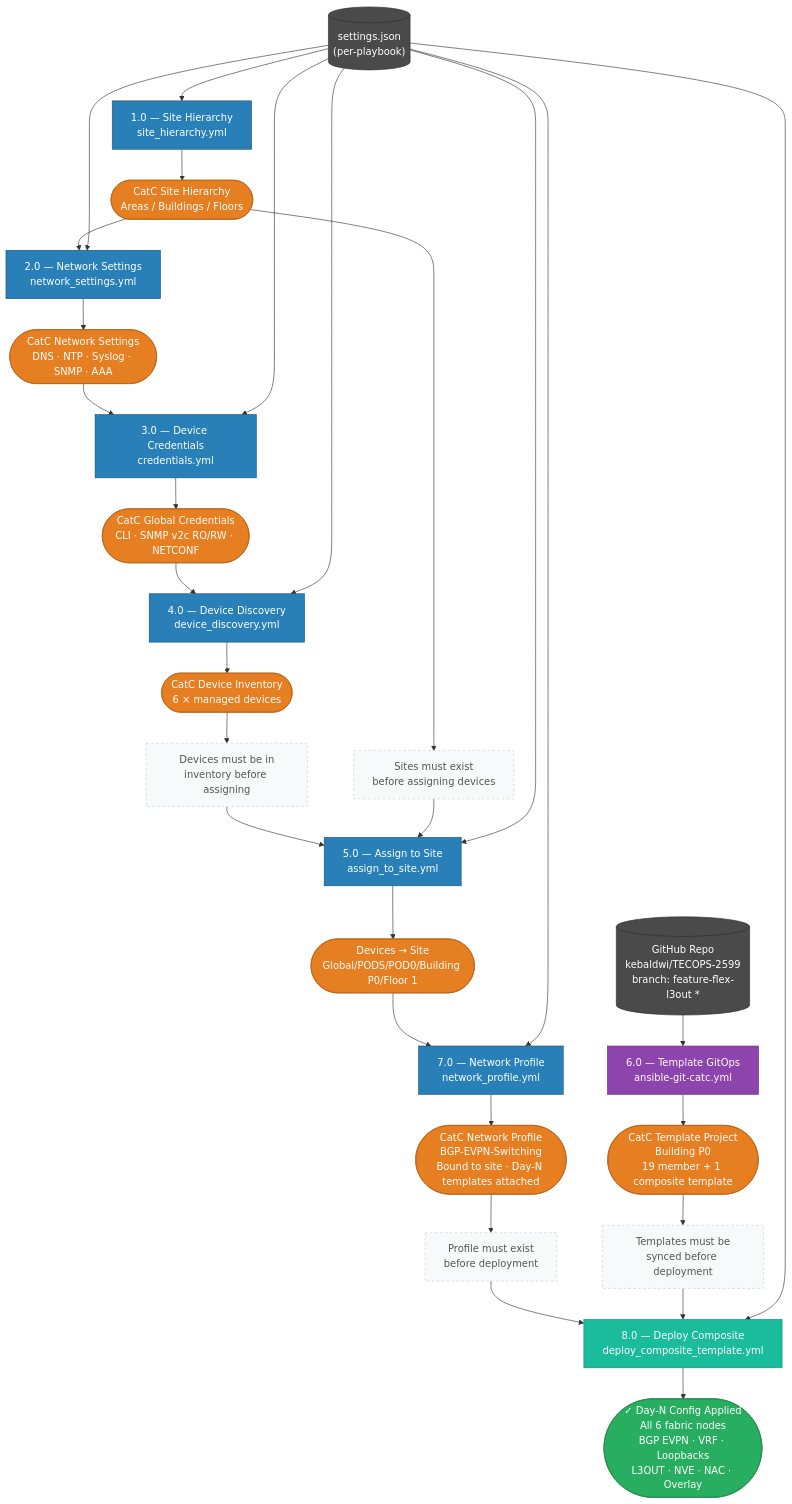
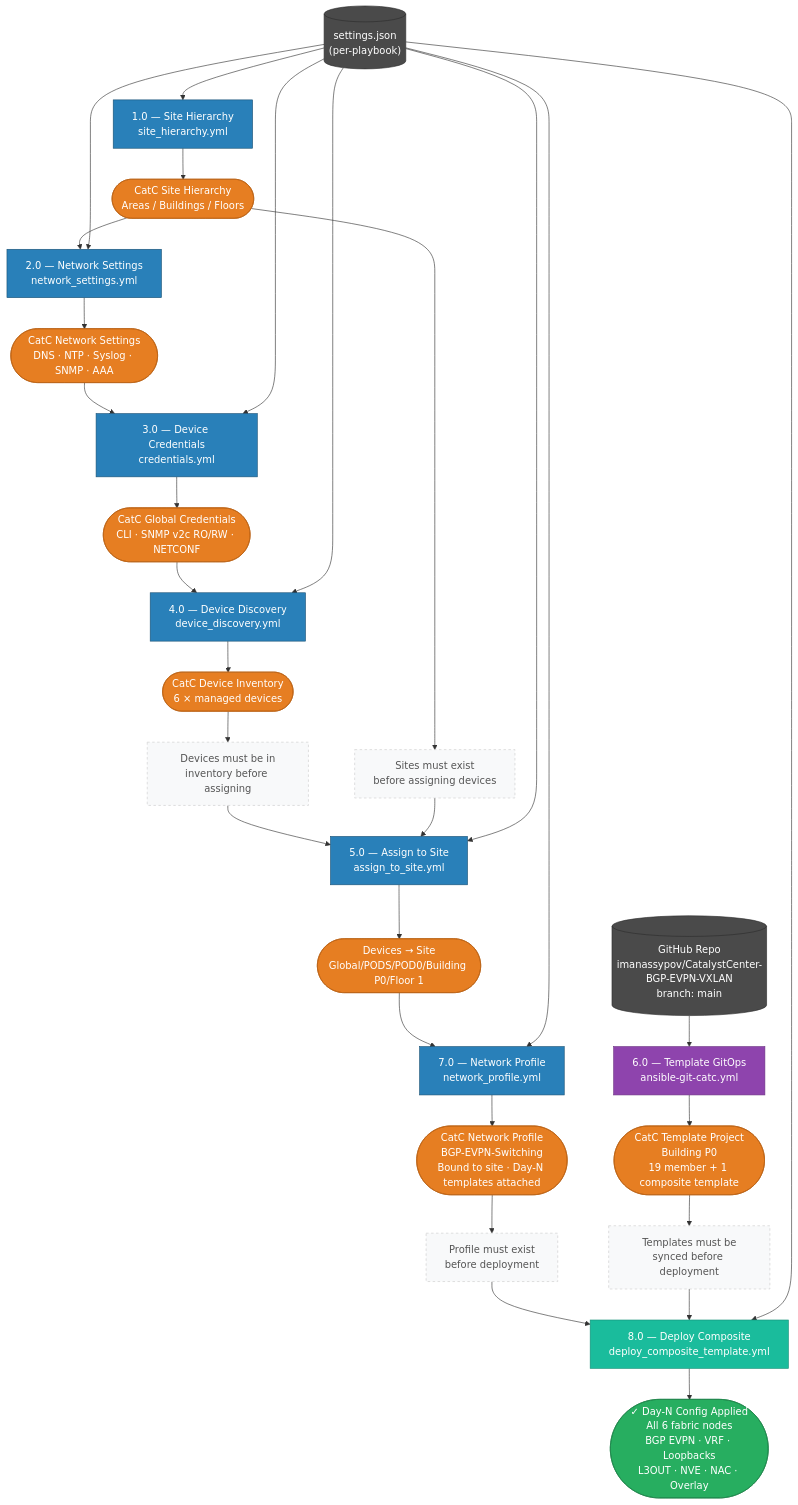
The diagram in Support/Resources/Ansible/DIAGRAMS/provisioning-workflow.mmd (kebaldwi/TECOPS-2599), drawn with Mermaid before and after one commit. The commit also changed 2 other files, not shown here.

Commit message:
docs: update 6.0 git source to imanassypov/CatalystCenter-BGP-EVPN-VXLAN main
- DIAGRAMS/provisioning-workflow.mmd: GH node updated from
  kebaldwi/TECOPS-2599 / feature-flex-l3out to
  imanassypov/CatalystCenter-BGP-EVPN-VXLAN / main
- DIAGRAMS/provisioning-workflow.png: re-rendered (2082x4000 px)
- README.md: GitHub Repository section now shows explicit
  git_repo, git_branch, and git_repo_subfolder values

```diff
--- a/Support/Resources/Ansible/DIAGRAMS/provisioning-workflow.mmd
+++ b/Support/Resources/Ansible/DIAGRAMS/provisioning-workflow.mmd
@@ -1,69 +1,69 @@
 flowchart TD
     %% ── Input Sources ──────────────────────────────────────────────────────
     SJ[("settings.json\n(per-playbook)")]:::source
-    GH[("GitHub Repo\nkebaldwi/TECOPS-2599\nbranch: feature-flex-l3out *")]:::source
+    GH[("GitHub Repo\nimanassypov/CatalystCenter-BGP-EVPN-VXLAN\nbranch: main")]:::source
 
     %% ── Playbook 1.0 ───────────────────────────────────────────────────────
     P1["1.0 — Site Hierarchy\nsite_hierarchy.yml"]:::infra
     R1(["CatC Site Hierarchy\nAreas / Buildings / Floors"]):::resource
 
     %% ── Playbook 2.0 ───────────────────────────────────────────────────────
     P2["2.0 — Network Settings\nnetwork_settings.yml"]:::infra
     R2(["CatC Network Settings\nDNS · NTP · Syslog · SNMP · AAA"]):::resource
 
     %% ── Playbook 3.0 ───────────────────────────────────────────────────────
     P3["3.0 — Device Credentials\ncredentials.yml"]:::infra
     R3(["CatC Global Credentials\nCLI · SNMP v2c RO/RW · NETCONF"]):::resource
 
     %% ── Playbook 4.0 ───────────────────────────────────────────────────────
     P4["4.0 — Device Discovery\ndevice_discovery.yml"]:::infra
     R4(["CatC Device Inventory\n6 × managed devices"]):::resource
 
     %% ── Playbook 5.0 ───────────────────────────────────────────────────────
     P5["5.0 — Assign to Site\nassign_to_site.yml"]:::infra
     R5(["Devices → Site\nGlobal/PODS/POD0/Building P0/Floor 1"]):::resource
 
     %% ── Playbook 6.0 ───────────────────────────────────────────────────────
     P6["6.0 — Template GitOps\nansible-git-catc.yml"]:::gitops
     R6(["CatC Template Project\nBuilding P0\n19 member + 1 composite template"]):::resource
 
     %% ── Playbook 7.0 ───────────────────────────────────────────────────────
     P7["7.0 — Network Profile\nnetwork_profile.yml"]:::infra
     R7(["CatC Network Profile\nBGP-EVPN-Switching\nBound to site · Day-N templates attached"]):::resource
 
     %% ── Playbook 8.0 ───────────────────────────────────────────────────────
     P8["8.0 — Deploy Composite\ndeploy_composite_template.yml"]:::deploy
     FINAL(["✓ Day-N Config Applied\nAll 6 fabric nodes\nBGP EVPN · VRF · Loopbacks\nL3OUT · NVE · NAC · Overlay"]):::done
 
     %% ── Must-run-before annotations ────────────────────────────────────────
     DEP45["Sites must exist\nbefore assigning devices"]:::constraint
     DEP56["Devices must be in\ninventory before assigning"]:::constraint
     DEP78["Profile must exist\nbefore deployment"]:::constraint
     DEP68["Templates must be\nsynced before deployment"]:::constraint
 
     %% ── Wiring ─────────────────────────────────────────────────────────────
     SJ --> P1 --> R1
     R1 --> P2
     SJ --> P2 --> R2
     R2 --> P3
     SJ --> P3 --> R3
     R3 --> P4
     SJ --> P4 --> R4
     R4 --> DEP56 --> P5
     R1 --> DEP45 --> P5
     SJ --> P5 --> R5
     GH --> P6 --> R6
     R5 --> P7
     SJ --> P7 --> R7
     R7 --> DEP78 --> P8
     R6 --> DEP68 --> P8
     SJ --> P8 --> FINAL
 
     %% ── Styles ─────────────────────────────────────────────────────────────
     classDef infra   fill:#2980b9,color:#fff,stroke:#1a5276
     classDef gitops  fill:#8e44ad,color:#fff,stroke:#6c3483
     classDef deploy  fill:#1abc9c,color:#fff,stroke:#148f77
     classDef source  fill:#4a4a4a,color:#fff,stroke:#2c2c2c
     classDef resource fill:#e67e22,color:#fff,stroke:#ba6012
     classDef done    fill:#27ae60,color:#fff,stroke:#1e8449
     classDef constraint fill:#f8f9fa,color:#555,stroke:#ccc,stroke-dasharray:4 4
```
